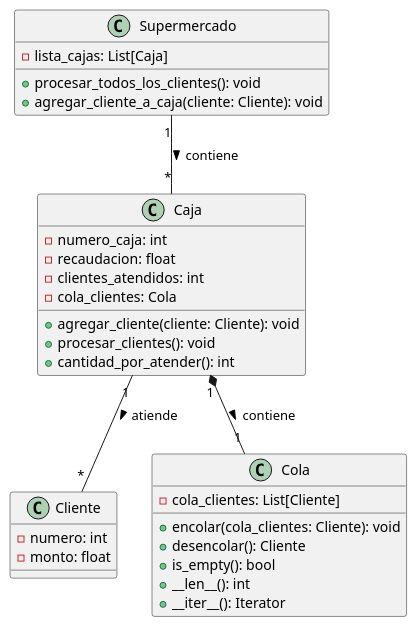
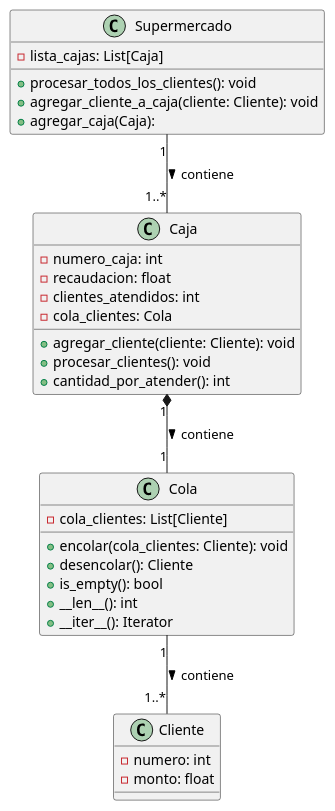
The diagram in Ejercicio5/Modelo/Supermercado.puml (FreddyUnemi2025/Taller-1), drawn with PlantUML before and after one commit.

Commit message:
Ejercicio 5 corregido

```diff
--- a/Ejercicio5/Modelo/Supermercado.puml
+++ b/Ejercicio5/Modelo/Supermercado.puml
@@ -1,37 +1,38 @@
 @startuml supermercado
 
 class Cliente {
   - numero: int
   - monto: float
 }
 
 class Cola {
   - cola_clientes: List[Cliente]
   + encolar(cola_clientes: Cliente): void
   + desencolar(): Cliente
   + is_empty(): bool
   + __len__(): int
   + __iter__(): Iterator
 }
 
 class Caja {
   - numero_caja: int
   - recaudacion: float
   - clientes_atendidos: int
   - cola_clientes: Cola
   + agregar_cliente(cliente: Cliente): void
   + procesar_clientes(): void
   + cantidad_por_atender(): int
 }
 
 class Supermercado {
   - lista_cajas: List[Caja]
   + procesar_todos_los_clientes(): void
   + agregar_cliente_a_caja(cliente: Cliente): void
+  + agregar_caja(Caja): 
 }
 
 Caja "1" *-- "1" Cola : contiene >
-Caja "1" -- "*" Cliente : atiende >
-Supermercado "1" -- "*" Caja : contiene >
+Cola "1" -- "1..*" Cliente : contiene >
+Supermercado "1" -- "1..*" Caja : contiene >
 
 @enduml
```
